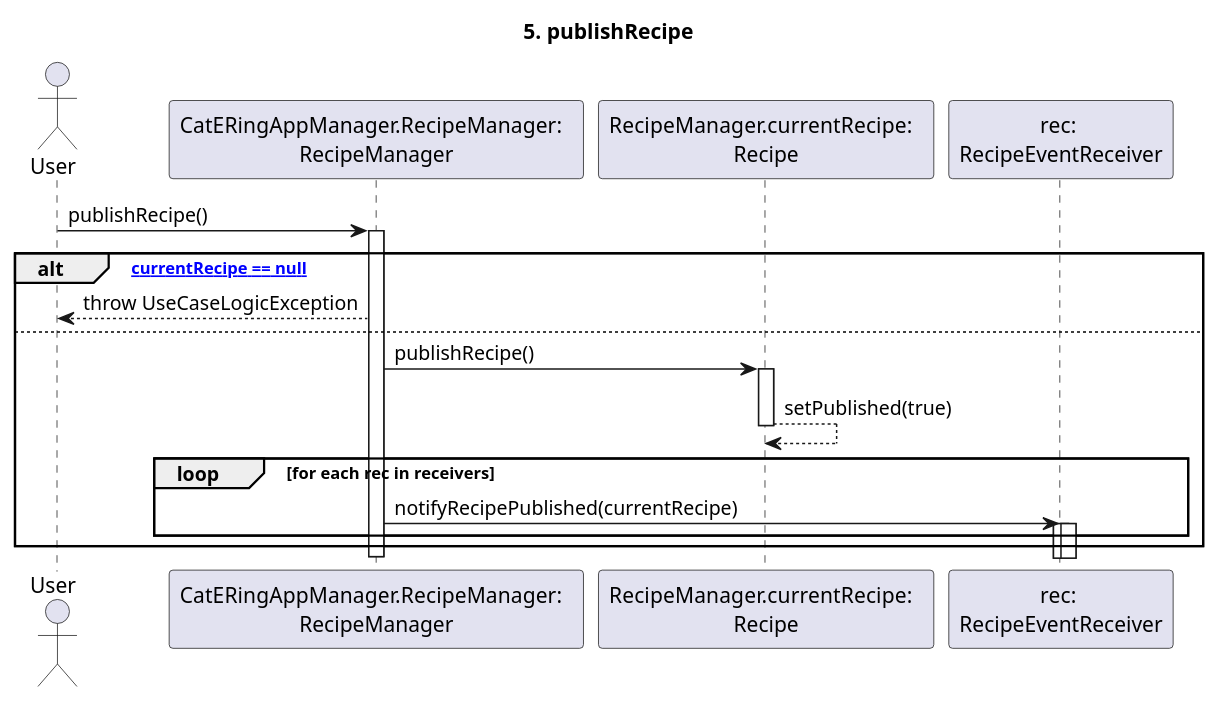
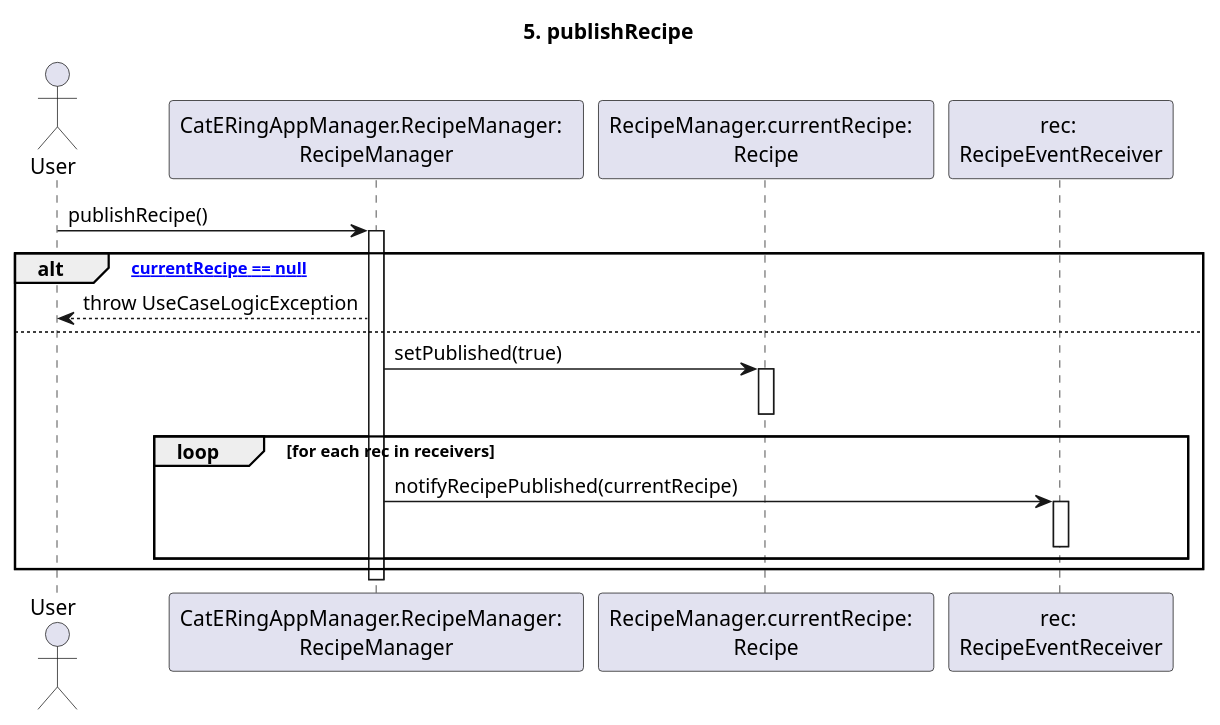
Before and after one commit to m0canu1/sas: the diagram in dsd/dsd-ricette/5-publishRecipe.md, drawn with PlantUML. The commit also changed 14 other files, not shown here.

````diff
--- a/dsd/dsd-ricette/5-publishRecipe.md
+++ b/dsd/dsd-ricette/5-publishRecipe.md
@@ -1,33 +1,32 @@
 ```plantuml
 
 title: 5. publishRecipe
 
 Actor User
 Participant "CatERingAppManager.RecipeManager:  \nRecipeManager" as RM
 Participant "RecipeManager.currentRecipe:  \nRecipe" as CR
 Participant "rec: \nRecipeEventReceiver" as RER
 
 User -> RM: publishRecipe()
 Activate RM
 
 alt ["currentRecipe == null"]
 	RM --> User: throw UseCaseLogicException
 else
-	RM -> CR: publishRecipe()
-
-	Activate CR
-    CR --> CR: setPublished(true)
+    RM -> CR: setPublished(true)
+    Activate CR
+ 
      Deactivate CR   
 
 
 	loop for each rec in receivers
 		RM -> RER: notifyRecipePublished(currentRecipe)
 		activate RER
-		activate RER
+		deactivate RER
 	end
 
 end
 Deactivate RM
 
 
 ```
````
